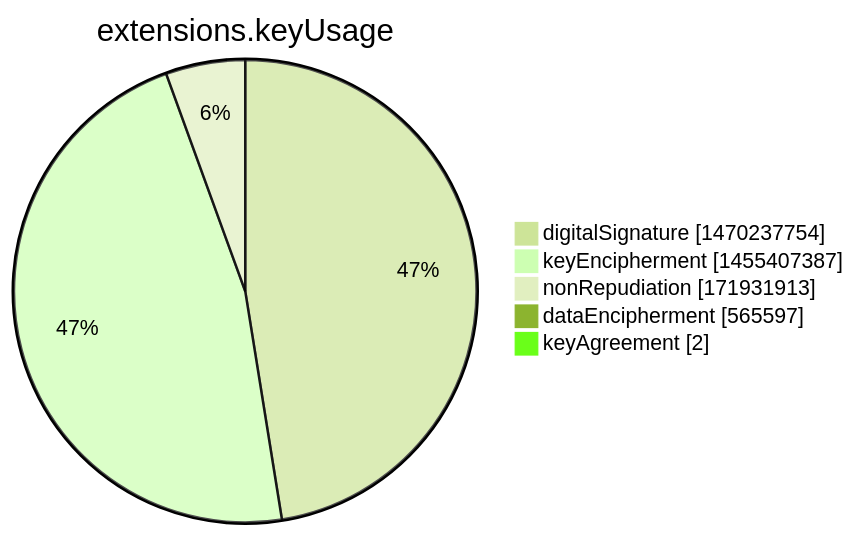
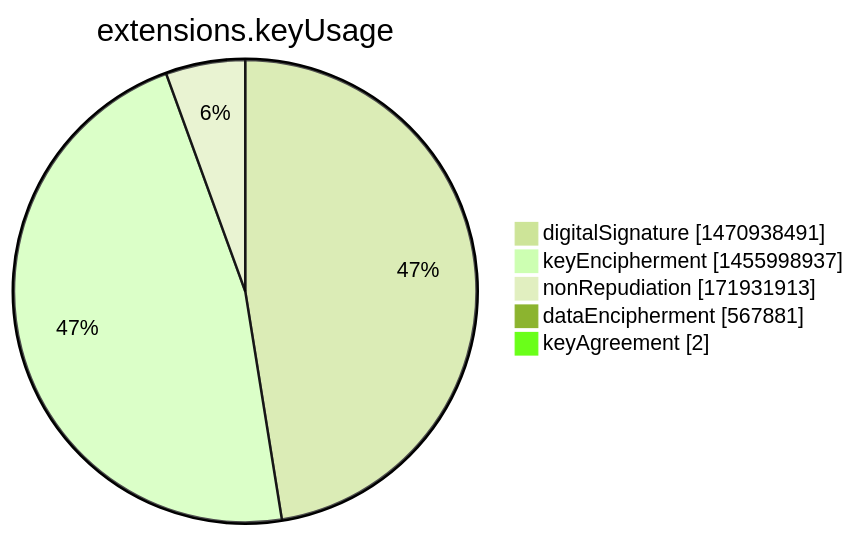
The seventh of 15 diagrams in argon2022/README.md (christiankrug/ctmonitor_visualization), drawn with Mermaid (forest theme) before and after one commit. The commit also changed other lines of this file, not shown here.

````diff
--- a/argon2022/README.md
+++ b/argon2022/README.md
@@ -2751,9 +2751,9 @@
 ```mermaid
 pie showData
 title extensions.keyUsage
-"digitalSignature" :1470237754
-"keyEncipherment" :1455407387
+"digitalSignature" :1470938491
+"keyEncipherment" :1455998937
 "nonRepudiation" :171931913
-"dataEncipherment" :565597
+"dataEncipherment" :567881
 "keyAgreement" :2
 ```
````
